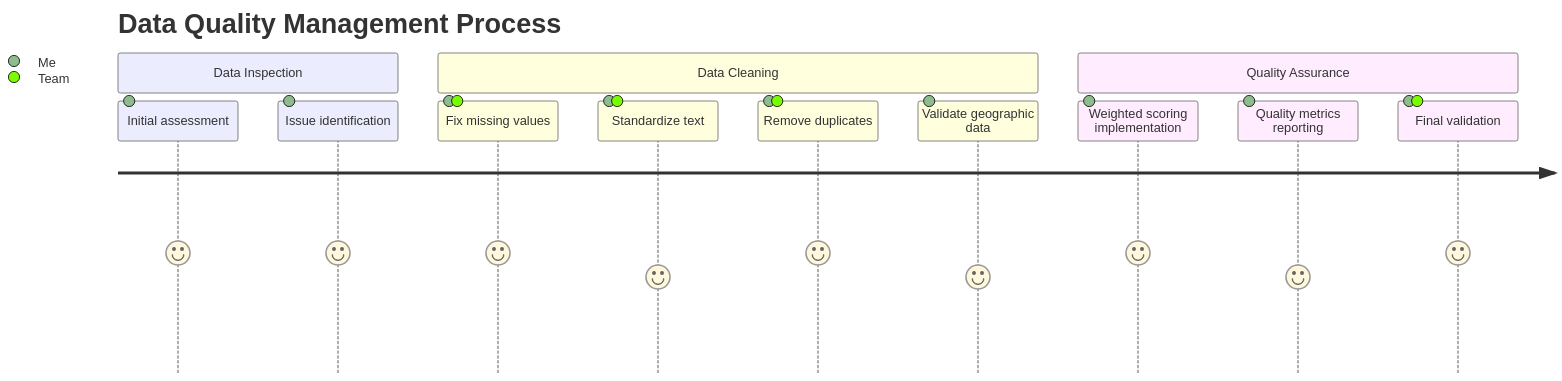
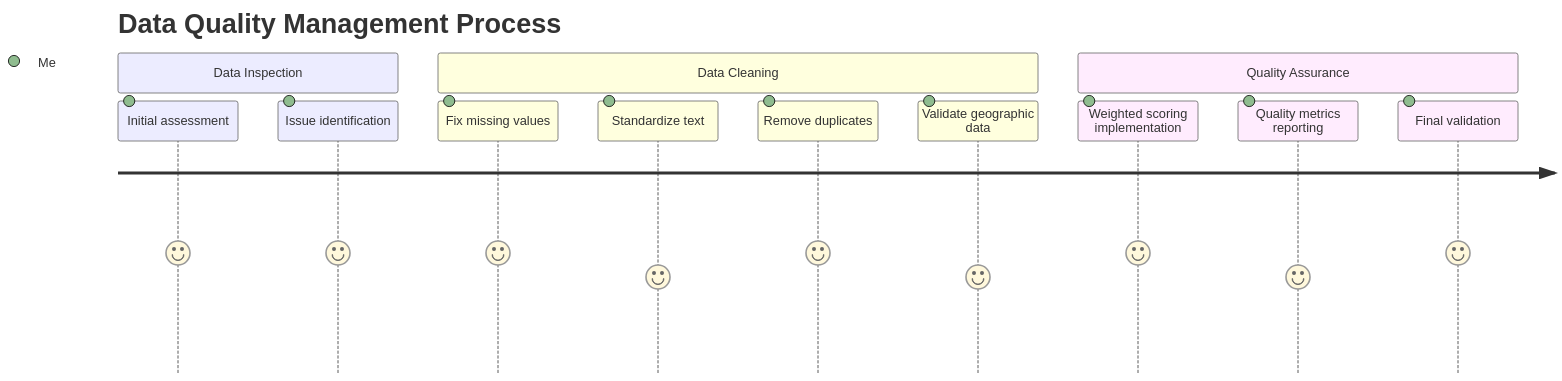
Before and after one commit to tzolkowski96/tzolkowski96: the sixth of 9 diagrams in us-household-income-analysis/README.md, drawn with Mermaid. The commit also changed other lines of this file, not shown here.

````diff
--- a/us-household-income-analysis/README.md
+++ b/us-household-income-analysis/README.md
@@ -784,16 +596,16 @@
 ```mermaid
 journey
     title Data Quality Management Process
     section Data Inspection
         Initial assessment: 5: Me
         Issue identification: 5: Me
     section Data Cleaning
-        Fix missing values: 5: Me, Team
-        Standardize text: 4: Me, Team
-        Remove duplicates: 5: Me, Team
+        Fix missing values: 5: Me
+        Standardize text: 4: Me
+        Remove duplicates: 5: Me
         Validate geographic data: 4: Me
     section Quality Assurance
         Weighted scoring implementation: 5: Me
         Quality metrics reporting: 4: Me
-        Final validation: 5: Me, Team
+        Final validation: 5: Me
 ```
````
